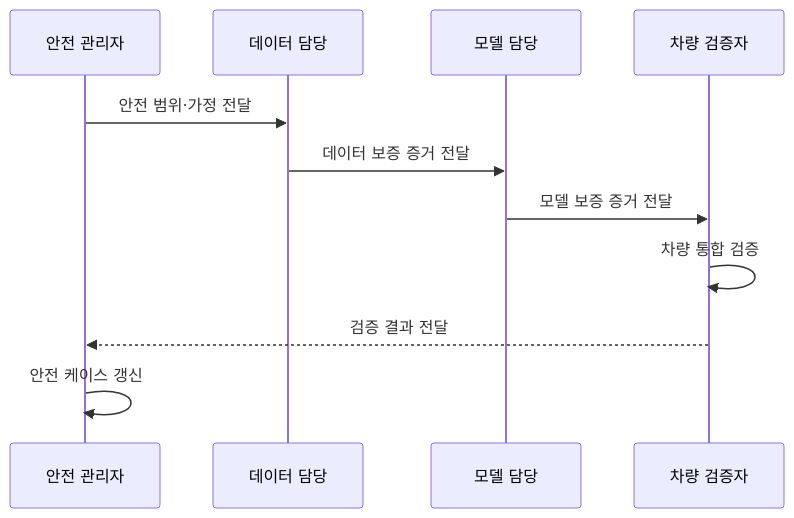
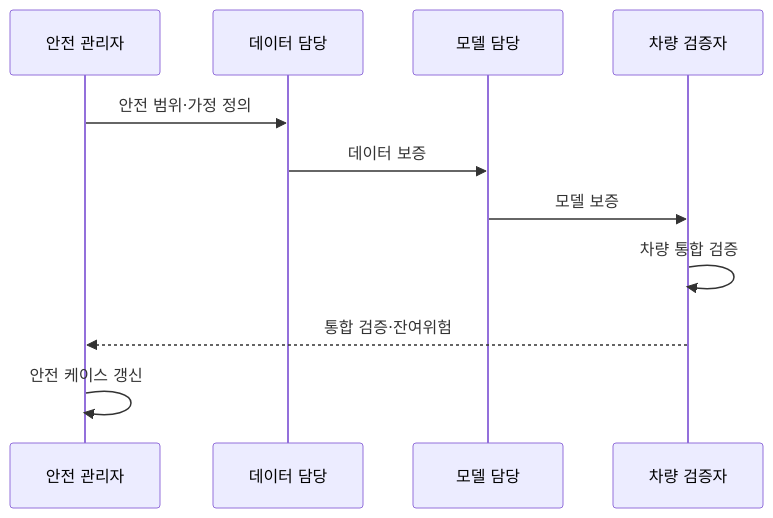
One commit to agnusdei1207/knowledge-base changed the second of 2 diagrams in src/content/docs/notes/05-security/135_iso_pas_8800.md. Above: the diagram before and after it, drawn with Mermaid. The commit also changed other lines of this file and 10 other files, not shown here.

````diff
--- a/src/content/docs/notes/05-security/135_iso_pas_8800.md
+++ b/src/content/docs/notes/05-security/135_iso_pas_8800.md
@@ -80,13 +80,13 @@
 ```mermaid
 sequenceDiagram
     participant A as 안전 관리자
     participant D as 데이터 담당
     participant M as 모델 담당
     participant V as 차량 검증자
-    A->>D: 안전 범위·가정 전달
-    D->>M: 데이터 보증 증거 전달
-    M->>V: 모델 보증 증거 전달
+    A->>D: 안전 범위·가정 정의
+    D->>M: 데이터 보증
+    M->>V: 모델 보증
     V->>V: 차량 통합 검증
-    V-->>A: 검증 결과 전달
+    V-->>A: 통합 검증·잔여위험
     A->>A: 안전 케이스 갱신
 ```
````
